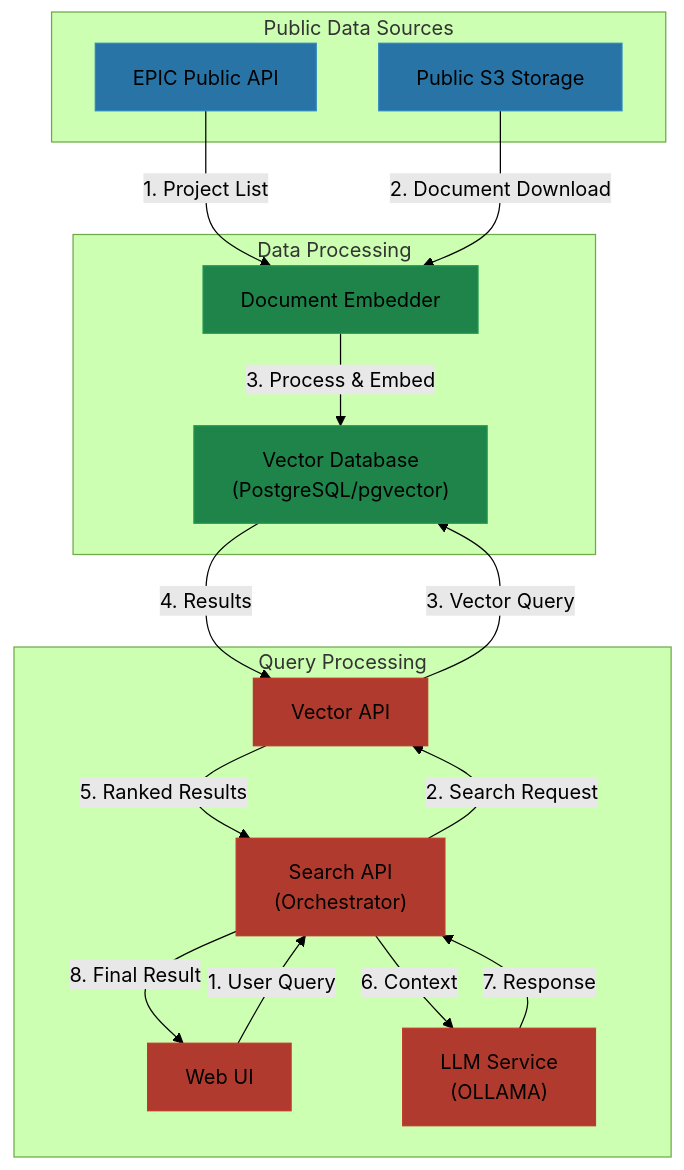
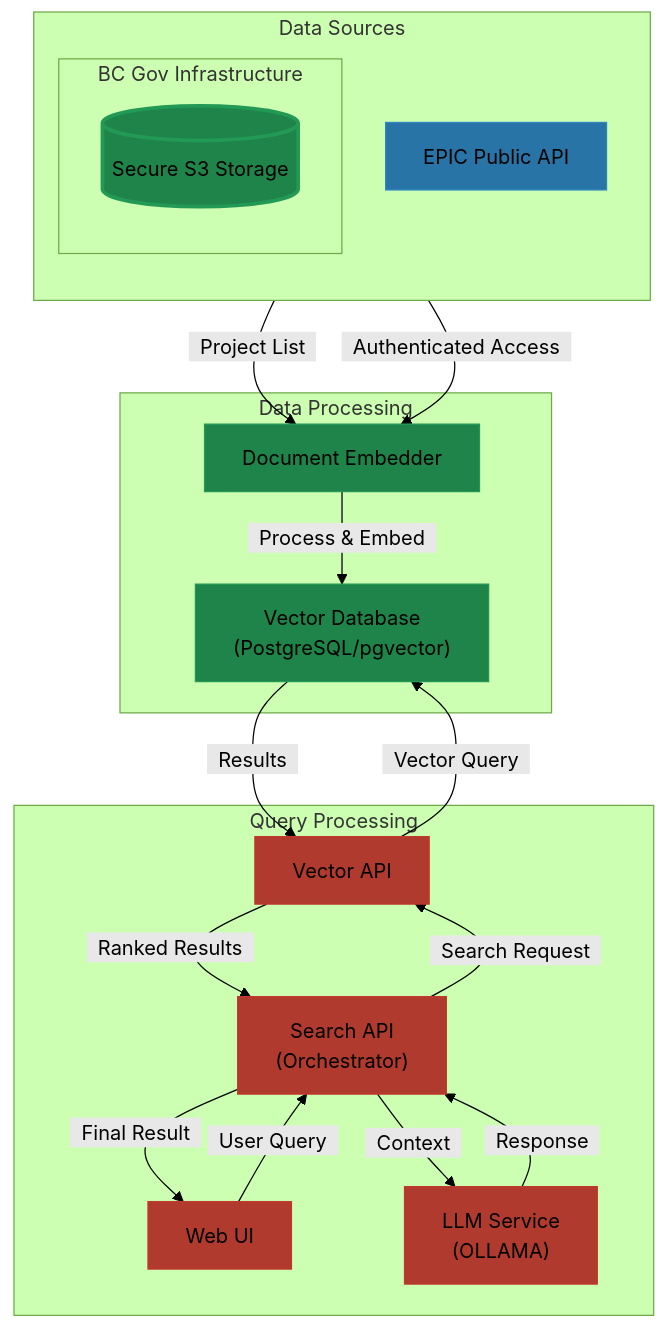
The first of 3 diagrams in documentation/DATAFLOW.md (bcgov/EPIC.search), drawn with Mermaid (forest theme) before and after one commit. The commit also changed other lines of this file and 4 other files, not shown here.

````diff
--- a/documentation/DATAFLOW.md
+++ b/documentation/DATAFLOW.md
@@ -14,43 +16,48 @@
 ```mermaid
 flowchart TB
-    subgraph Public ["Public Data Sources"]
+    subgraph Public ["Data Sources"]
         EPIC["EPIC Public API"]
-        S3["Public S3 Storage"]
+        direction TB
+        subgraph Secure ["BC Gov Infrastructure"]
+            S3[("Secure S3 Storage")]
+        end
     end
 
     subgraph Processing ["Data Processing"]
         Embedder["Document Embedder"]
         VectorDB["Vector Database<br>(PostgreSQL/pgvector)"]
     end
 
     subgraph Query ["Query Processing"]
         UI["Web UI"]
         SearchAPI["Search API<br>(Orchestrator)"]
         VectorAPI["Vector API"]
         LLM["LLM Service<br>(OLLAMA)"]
     end
 
     %% Data Ingestion Flow
-    EPIC -->|"1. Project List"| Embedder
-    S3 -->|"2. Document Download"| Embedder
-    Embedder -->|"3. Process & Embed"| VectorDB
+    EPIC -->|&nbsp;&nbsp;Project List&nbsp;&nbsp;| Embedder
+    S3 -->|&nbsp;&nbsp;Authenticated Access&nbsp;&nbsp;| Embedder
+    Embedder -->|&nbsp;&nbsp;Process & Embed&nbsp;&nbsp;| VectorDB
 
     %% Query Flow
-    UI -->|"1. User Query"| SearchAPI
-    SearchAPI -->|"2. Search Request"| VectorAPI
-    VectorAPI -->|"3. Vector Query"| VectorDB
-    VectorDB -->|"4. Results"| VectorAPI
-    VectorAPI -->|"5. Ranked Results"| SearchAPI
-    SearchAPI -->|"6. Context"| LLM
-    LLM -->|"7. Response"| SearchAPI
-    SearchAPI -->|"8. Final Result"| UI
+    UI -->|&nbsp;&nbsp;User Query&nbsp;&nbsp;| SearchAPI
+    SearchAPI -->|&nbsp;&nbsp;Search Request&nbsp;&nbsp;| VectorAPI
+    VectorAPI -->|&nbsp;&nbsp;Vector Query&nbsp;&nbsp;| VectorDB
+    VectorDB -->|&nbsp;&nbsp;Results&nbsp;&nbsp;| VectorAPI
+    VectorAPI -->|&nbsp;&nbsp;Ranked Results&nbsp;&nbsp;| SearchAPI
+    SearchAPI -->|&nbsp;&nbsp;Context&nbsp;&nbsp;| LLM
+    LLM -->|&nbsp;&nbsp;Response&nbsp;&nbsp;| SearchAPI
+    SearchAPI -->|&nbsp;&nbsp;Final Result&nbsp;&nbsp;| UI
 
     %% Styling
     classDef public fill:#2874A6,stroke:#2E86C1
+    classDef secure fill:#1E8449,stroke:#229954,stroke-width:3px
     classDef process fill:#1E8449,stroke:#229954
     classDef query fill:#B03A2E,stroke:#C0392B
     
-    class EPIC,S3 public
+    class EPIC public
+    class S3 secure
     class Embedder,VectorDB process
     class UI,SearchAPI,VectorAPI,LLM query
 ```
````
